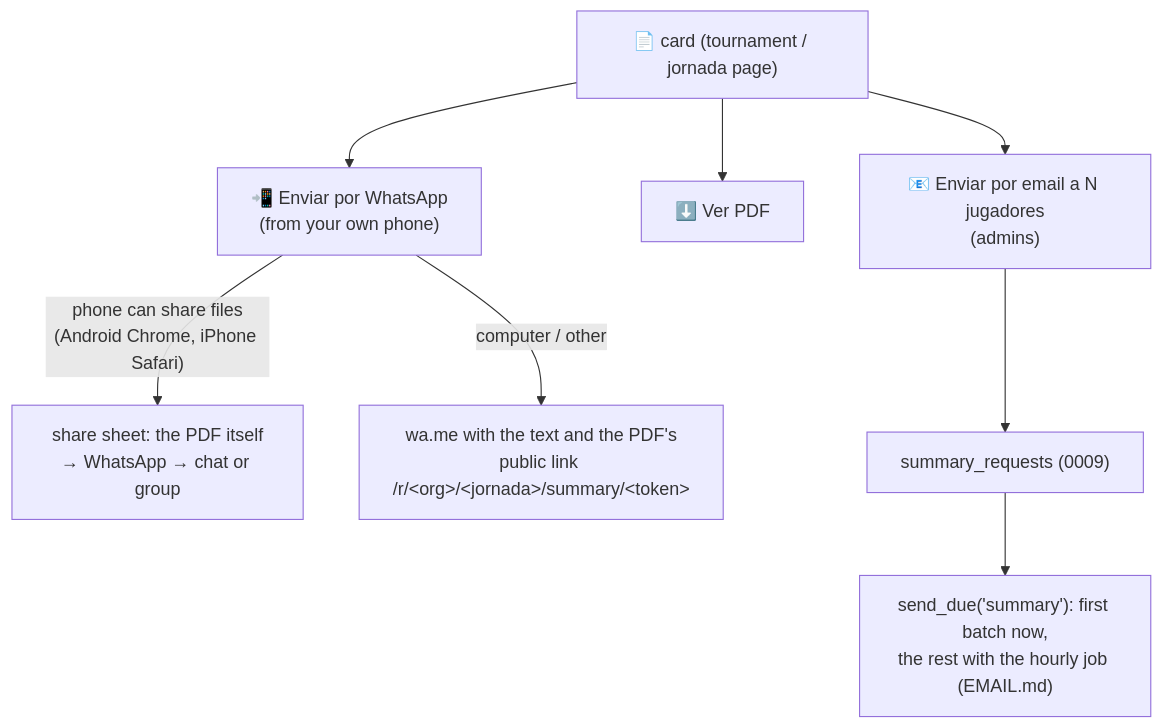
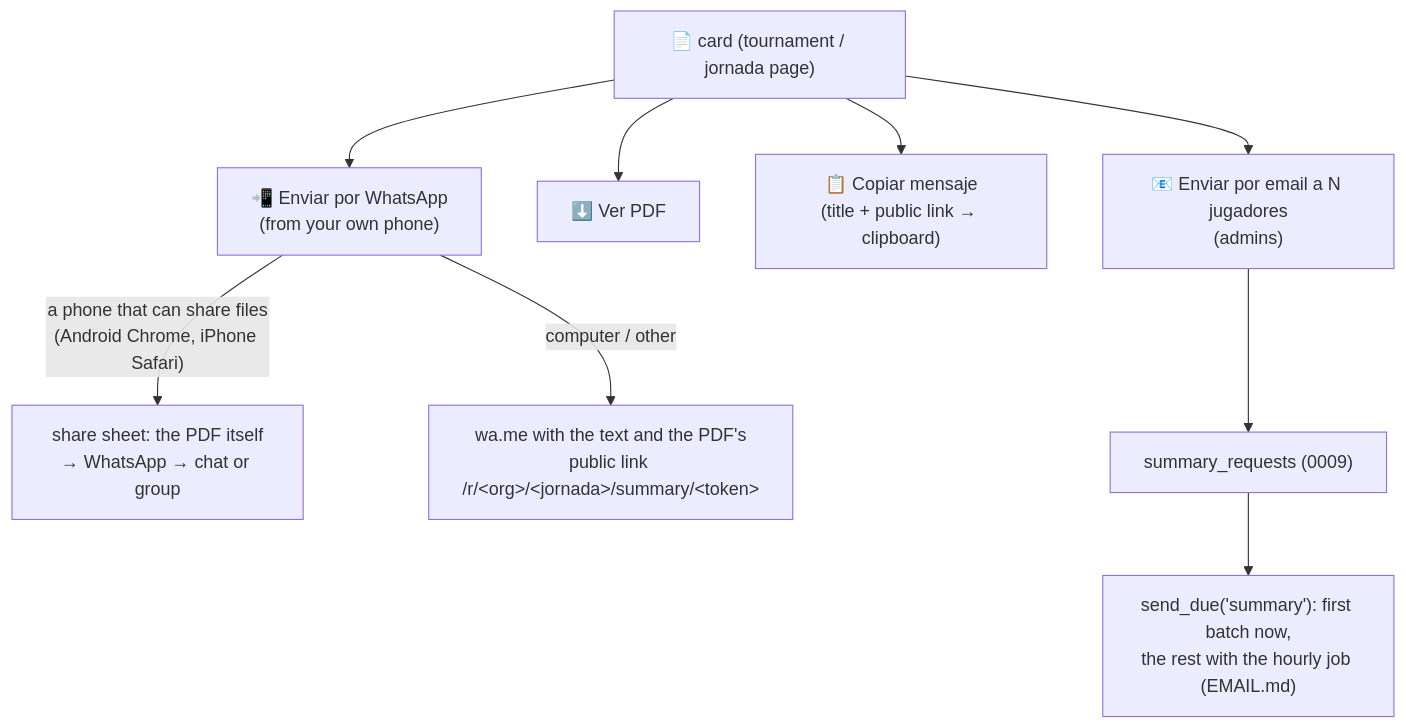
One commit to Sorrycion/PadelScore changed the fourth of 5 diagrams in docs/processes/JORNADAS.md. Above: the diagram before and after it, drawn with Mermaid. The commit also changed other lines of this file and 4 other files, not shown here.

First line of the commit message:
📋 Copy the jornada summary's message; share the PDF file only on phones

````diff
--- a/docs/processes/JORNADAS.md
+++ b/docs/processes/JORNADAS.md
@@ -126,9 +126,10 @@
 ```mermaid
 flowchart TD
     C["📄 card (tournament / jornada page)"] --> W["📲 Enviar por WhatsApp<br/>(from your own phone)"]
     C --> V["⬇️ Ver PDF"]
+    C --> P["📋 Copiar mensaje<br/>(title + public link → clipboard)"]
     C --> E["📧 Enviar por email a N jugadores<br/>(admins)"]
-    W -- "phone can share files<br/>(Android Chrome, iPhone Safari)" --> S["share sheet: the PDF itself<br/>→ WhatsApp → chat or group"]
+    W -- "a phone that can share files<br/>(Android Chrome, iPhone Safari)" --> S["share sheet: the PDF itself<br/>→ WhatsApp → chat or group"]
     W -- "computer / other" --> L["wa.me with the text and the PDF's<br/>public link /r/&lt;org&gt;/&lt;jornada&gt;/summary/&lt;token&gt;"]
     E --> Q["summary_requests (0009)"] --> J["send_due('summary'): first batch now,<br/>the rest with the hourly job (EMAIL.md)"]
 ```
````
